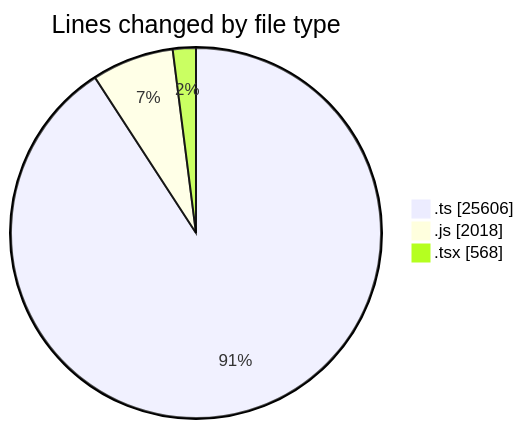
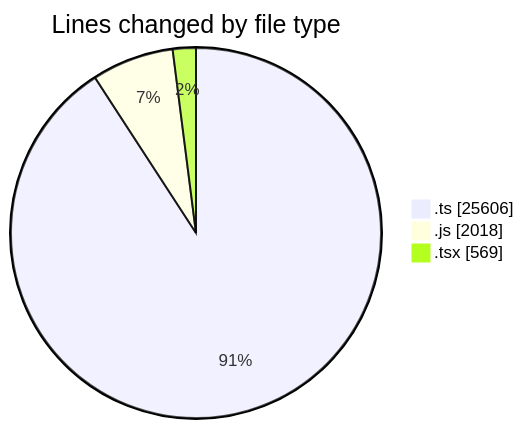
The first of 2 diagrams in 2025-06-20/cda/README.md (momahboobian/code-tracking), drawn with Mermaid before and after one commit. The commit also changed other lines of this file and 1 other file, not shown here.

````diff
--- a/2025-06-20/cda/README.md
+++ b/2025-06-20/cda/README.md
@@ -41,7 +41,7 @@
 ```mermaid
 pie showData
 title Lines changed by file type
 ".ts" : 25606
 ".js" : 2018
-".tsx" : 568
+".tsx" : 569
 ```
````
